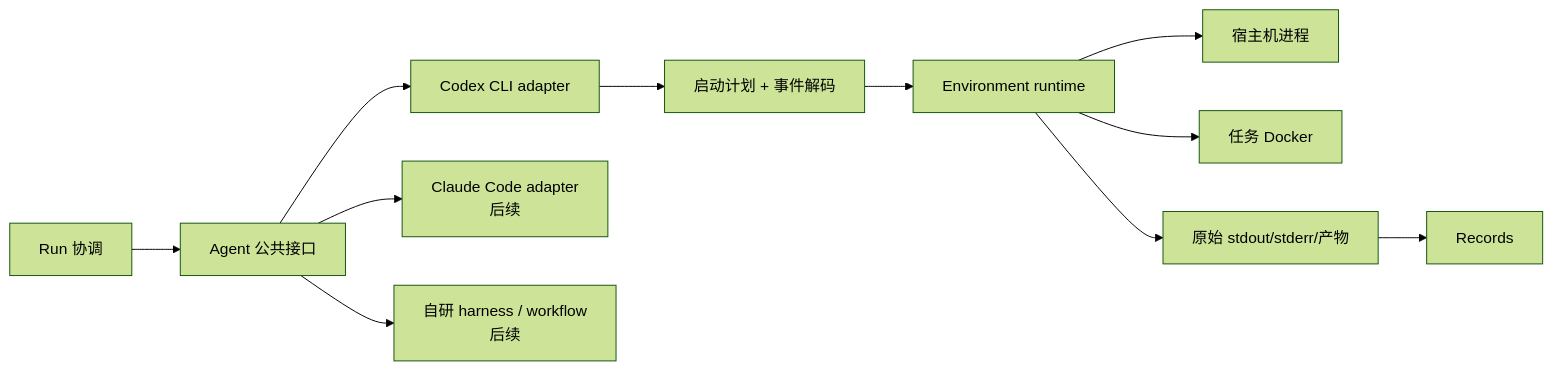
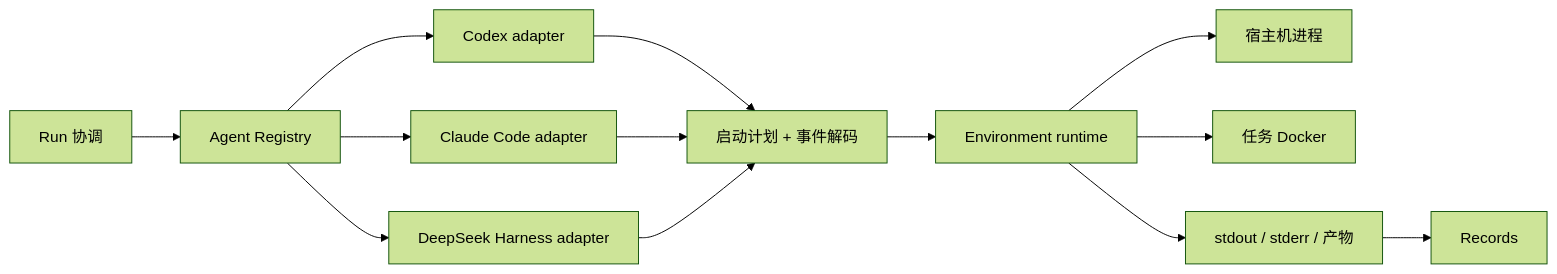
One commit to Ylr9933/Orbit changed the diagram in docs/architecture/agent-module.md. Above: the diagram before and after it, drawn with Mermaid (forest theme). The commit also changed other lines of this file and 19 other files, not shown here.

Commit message:
feat(agent): add Claude Code and DSH providers

````diff
--- a/docs/architecture/agent-module.md
+++ b/docs/architecture/agent-module.md
@@ -11,13 +11,15 @@
 ```mermaid
 flowchart LR
-    Run[Run 协调] --> Agent[Agent 公共接口]
-    Agent --> Codex[Codex CLI adapter]
-    Agent --> Claude[Claude Code adapter\n后续]
-    Agent --> Harness[自研 harness / workflow\n后续]
+    Run[Run 协调] --> Registry[Agent Registry]
+    Registry --> Codex[Codex adapter]
+    Registry --> Claude[Claude Code adapter]
+    Registry --> DSH[DeepSeek Harness adapter]
     Codex --> Plan[启动计划 + 事件解码]
+    Claude --> Plan
+    DSH --> Plan
     Plan --> Env[Environment runtime]
     Env --> Host[宿主机进程]
     Env --> Docker[任务 Docker]
-    Env --> Raw[原始 stdout/stderr/产物]
+    Env --> Raw[stdout / stderr / 产物]
     Raw --> Records[Records]
 ```
````
